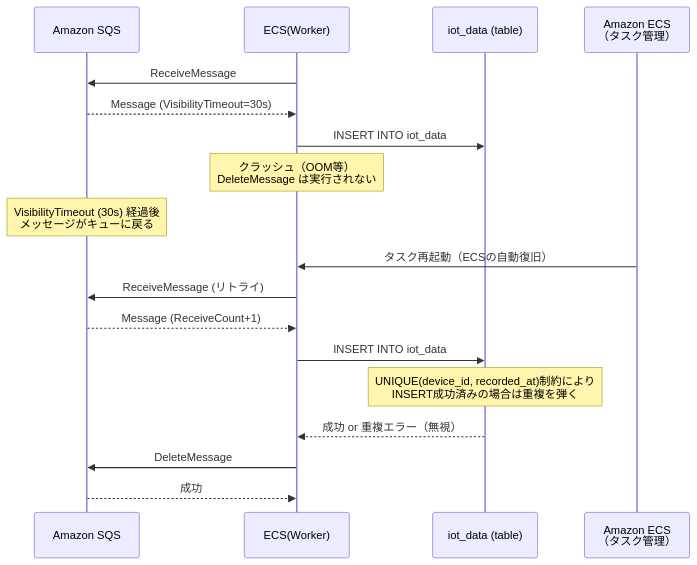
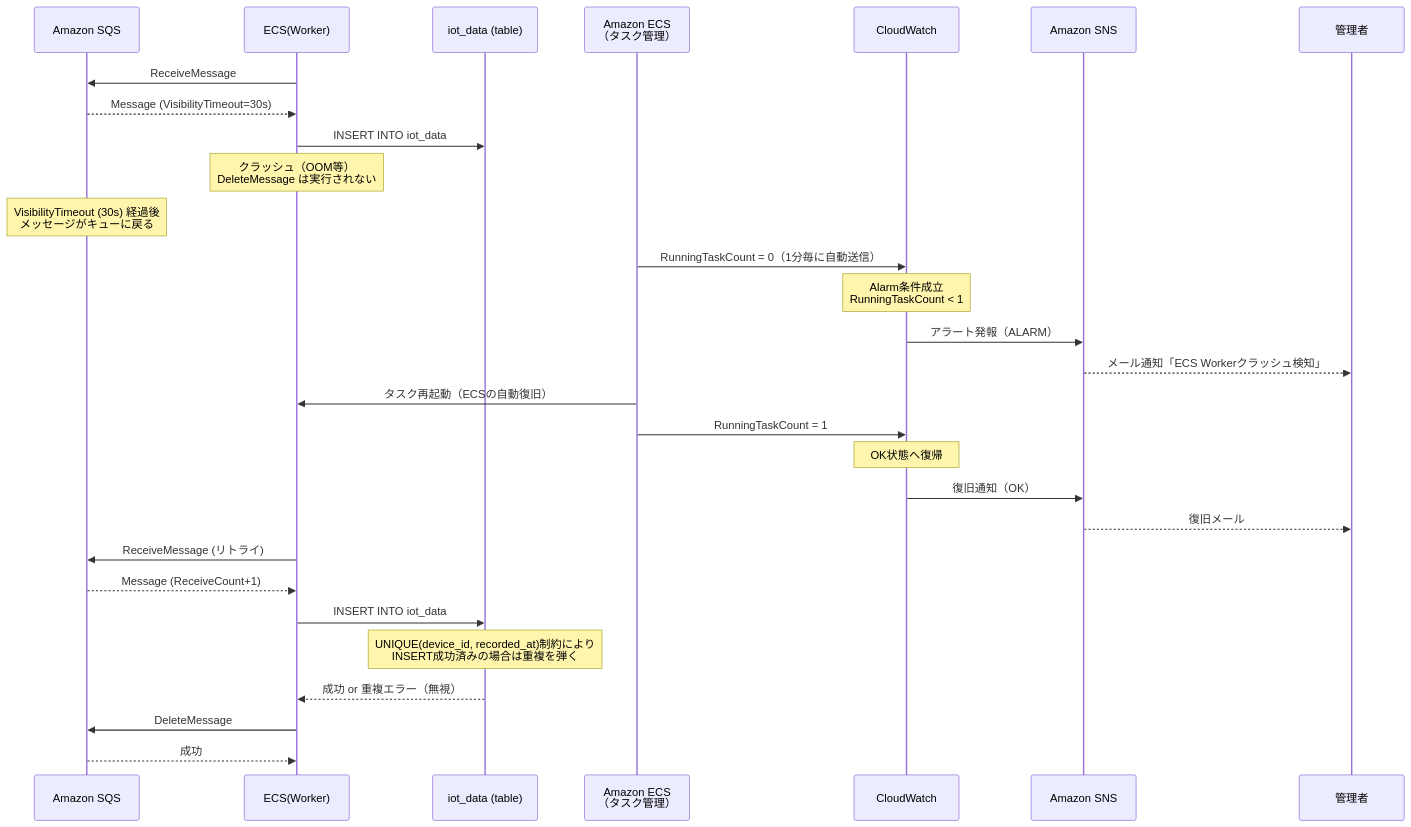
Before and after one commit to riaton/home-smart-factory: the fifth of 7 diagrams in docs/basic_design/sequence/IoTデータ収集.md, drawn with Mermaid. The commit also changed other lines of this file and 6 other files, not shown here.

````diff
--- a/docs/basic_design/sequence/IoTデータ収集.md
+++ b/docs/basic_design/sequence/IoTデータ収集.md
@@ -154,24 +162,37 @@
 ```mermaid
 sequenceDiagram
     participant SQS as Amazon SQS
     participant Worker as ECS(Worker)
     participant RDS as iot_data (table)
     participant ECS as Amazon ECS<br/>（タスク管理）
+    participant CW as CloudWatch
+    participant SNS as Amazon SNS
+    participant Admin as 管理者
 
     Worker->>SQS: ReceiveMessage
     SQS-->>Worker: Message (VisibilityTimeout=30s)
 
     Worker->>RDS: INSERT INTO iot_data
     Note over Worker: クラッシュ（OOM等）<br/>DeleteMessage は実行されない
 
     Note over SQS: VisibilityTimeout (30s) 経過後<br/>メッセージがキューに戻る
 
+    ECS->>CW: RunningTaskCount = 0（1分毎に自動送信）
+    Note over CW: Alarm条件成立<br/>RunningTaskCount < 1
+    CW->>SNS: アラート発報（ALARM）
+    SNS-->>Admin: メール通知「ECS Workerクラッシュ検知」
+
     ECS->>Worker: タスク再起動（ECSの自動復旧）
+    ECS->>CW: RunningTaskCount = 1
+    Note over CW: OK状態へ復帰
+    CW->>SNS: 復旧通知（OK）
+    SNS-->>Admin: 復旧メール
+
     Worker->>SQS: ReceiveMessage (リトライ)
     SQS-->>Worker: Message (ReceiveCount+1)
     Worker->>RDS: INSERT INTO iot_data
     Note over RDS: UNIQUE(device_id, recorded_at)制約により<br/>INSERT成功済みの場合は重複を弾く
     RDS-->>Worker: 成功 or 重複エラー（無視）
     Worker->>SQS: DeleteMessage
     SQS-->>Worker: 成功
 ```
````
